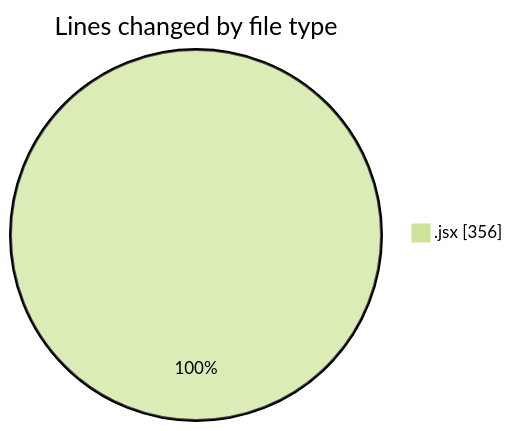
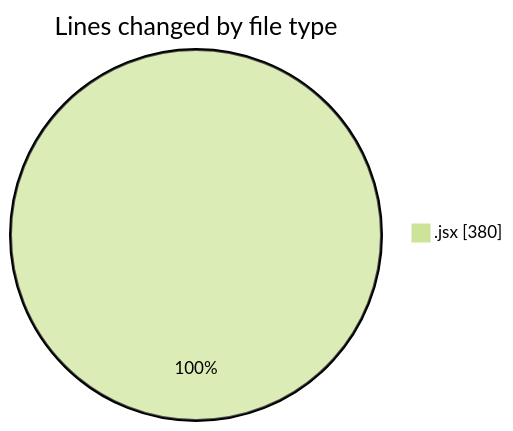
The first of 2 diagrams in 2025-06-06/nxtqube_webapp/README.md (nxtqubesakshisongat/code-tracking), drawn with Mermaid (forest theme) before and after one commit. The commit also changed other lines of this file and 1 other file, not shown here.

````diff
--- a/2025-06-06/nxtqube_webapp/README.md
+++ b/2025-06-06/nxtqube_webapp/README.md
@@ -20,5 +20,5 @@
 ```mermaid
 pie showData
 title Lines changed by file type
-".jsx" : 356
+".jsx" : 380
 ```
````
